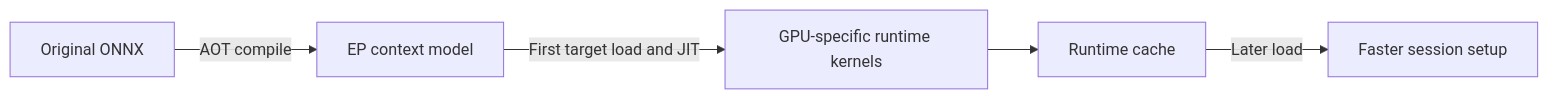
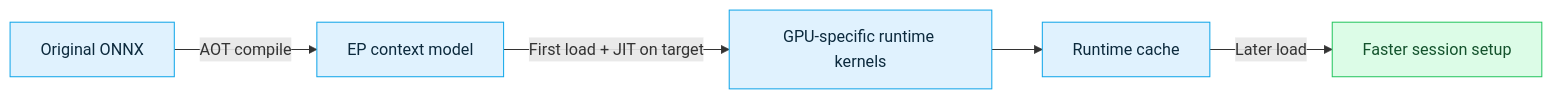
The fourth of 6 diagrams in NVIDIA/README.md (DakeQQ/Tutorial-ONNX-Runtime-Execution-Providers), drawn with Mermaid before and after one commit. The commit also changed other lines of this file and 15 other files, not shown here.

````diff
--- a/NVIDIA/README.md
+++ b/NVIDIA/README.md
@@ -712,7 +815,12 @@
 ```mermaid
 flowchart LR
-	A[Original ONNX] -->|AOT compile| B[EP context model]
-	B -->|First target load and JIT| C[GPU-specific runtime kernels]
-	C --> D[Runtime cache]
-	D -->|Later load| E[Faster session setup]
+    A["Original ONNX"] -->|AOT compile| B["EP context model"]
+    B -->|First load + JIT on target| C["GPU-specific runtime kernels"]
+    C --> D["Runtime cache"]
+    D -->|Later load| E["Faster session setup"]
+
+    classDef step fill:#e0f2fe,stroke:#0ea5e9,color:#0c2a3d;
+    classDef good fill:#dcfce7,stroke:#22c55e,color:#14532d;
+    class A,B,C,D step;
+    class E good;
 ```
````
